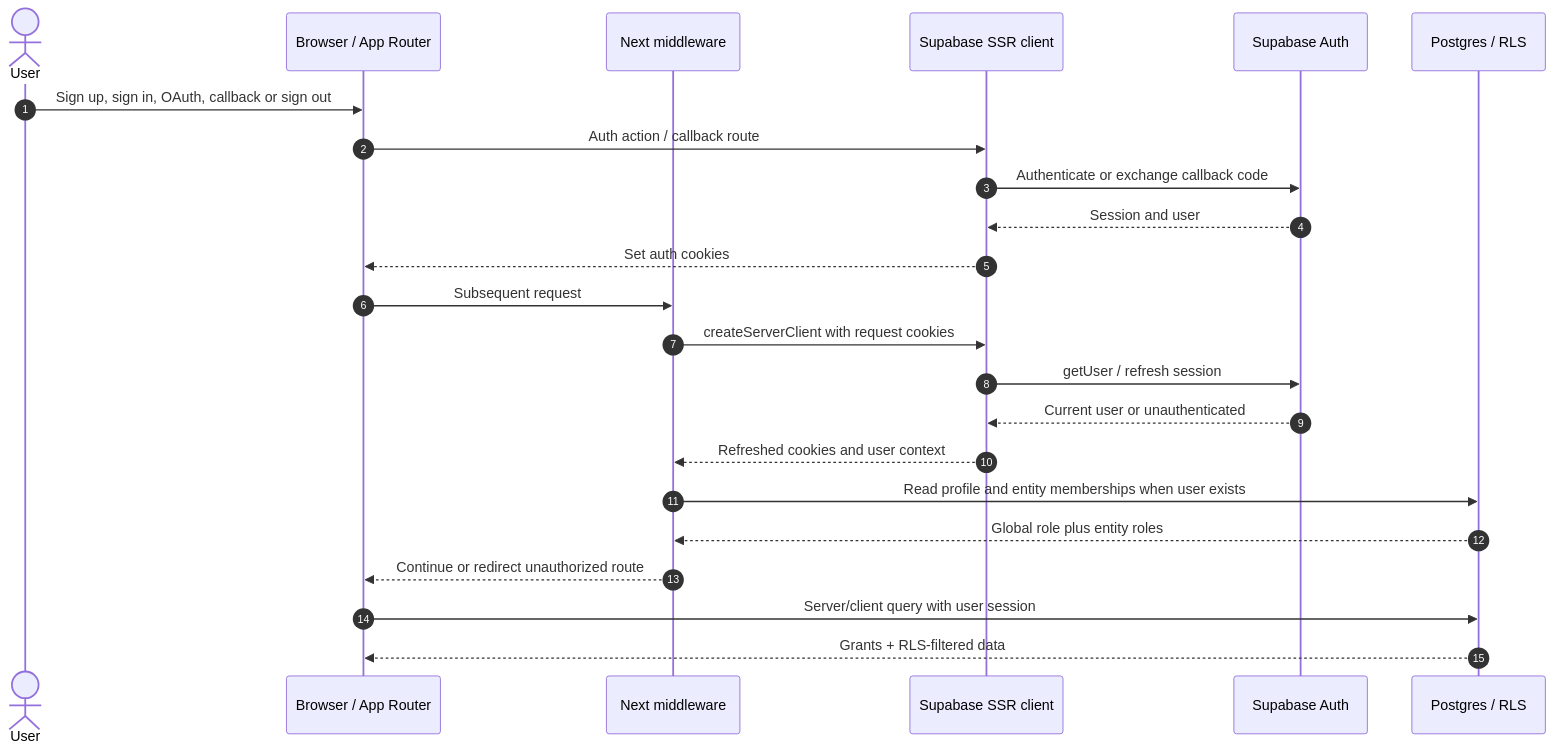
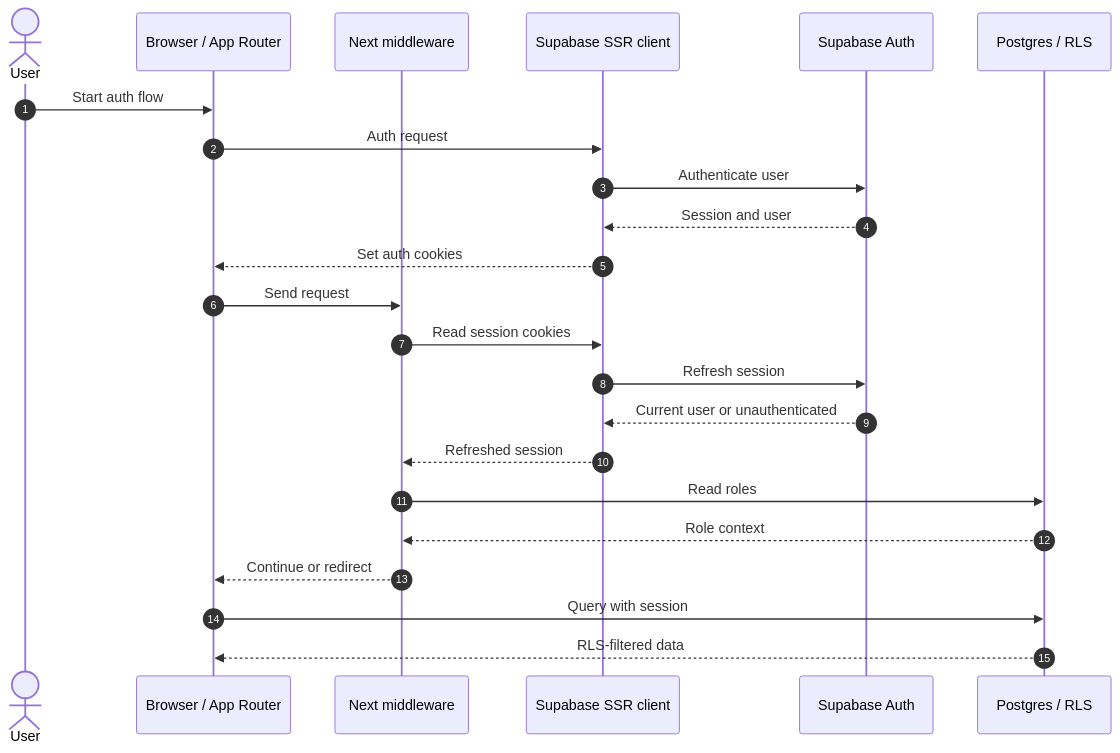
The first of 2 diagrams in docs/architecture/03-security-rbac-and-compliance.md (brianwjohnson/tbd), drawn with Mermaid before and after one commit. The commit also changed other lines of this file and 2 other files, not shown here.

Commit message:
solution architecture diagrams

````diff
--- a/docs/architecture/03-security-rbac-and-compliance.md
+++ b/docs/architecture/03-security-rbac-and-compliance.md
@@ -9,26 +9,26 @@
 ```mermaid
 sequenceDiagram
   autonumber
   actor U as User
   participant B as Browser / App Router
   participant M as Next middleware
   participant SSR as Supabase SSR client
   participant A as Supabase Auth
   participant DB as Postgres / RLS
 
-  U->>B: Sign up, sign in, OAuth, callback or sign out
-  B->>SSR: Auth action / callback route
-  SSR->>A: Authenticate or exchange callback code
+  U->>B: Start auth flow
+  B->>SSR: Auth request
+  SSR->>A: Authenticate user
   A-->>SSR: Session and user
   SSR-->>B: Set auth cookies
-  B->>M: Subsequent request
-  M->>SSR: createServerClient with request cookies
-  SSR->>A: getUser / refresh session
+  B->>M: Send request
+  M->>SSR: Read session cookies
+  SSR->>A: Refresh session
   A-->>SSR: Current user or unauthenticated
-  SSR-->>M: Refreshed cookies and user context
-  M->>DB: Read profile and entity memberships when user exists
-  DB-->>M: Global role plus entity roles
-  M-->>B: Continue or redirect unauthorized route
-  B->>DB: Server/client query with user session
-  DB-->>B: Grants + RLS-filtered data
+  SSR-->>M: Refreshed session
+  M->>DB: Read roles
+  DB-->>M: Role context
+  M-->>B: Continue or redirect
+  B->>DB: Query with session
+  DB-->>B: RLS-filtered data
 ```
````
